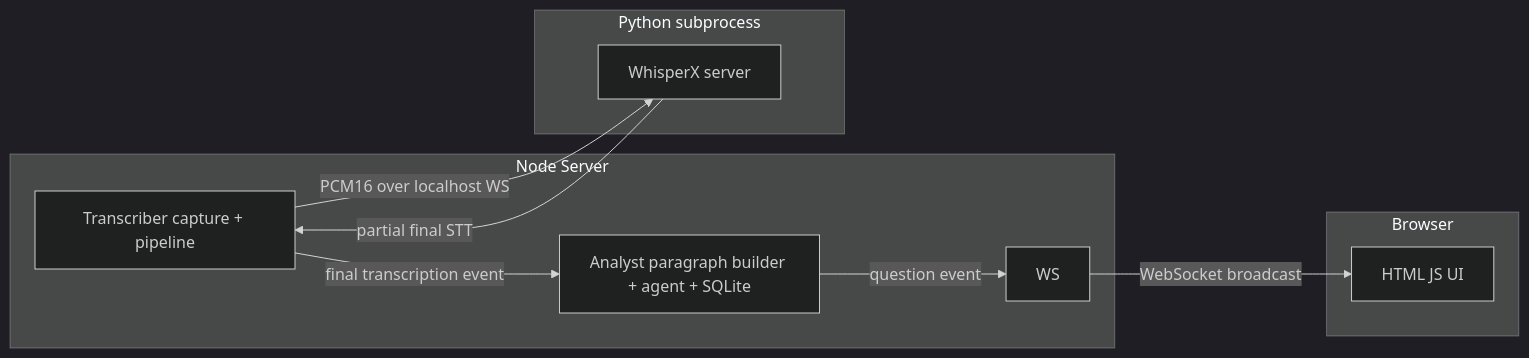
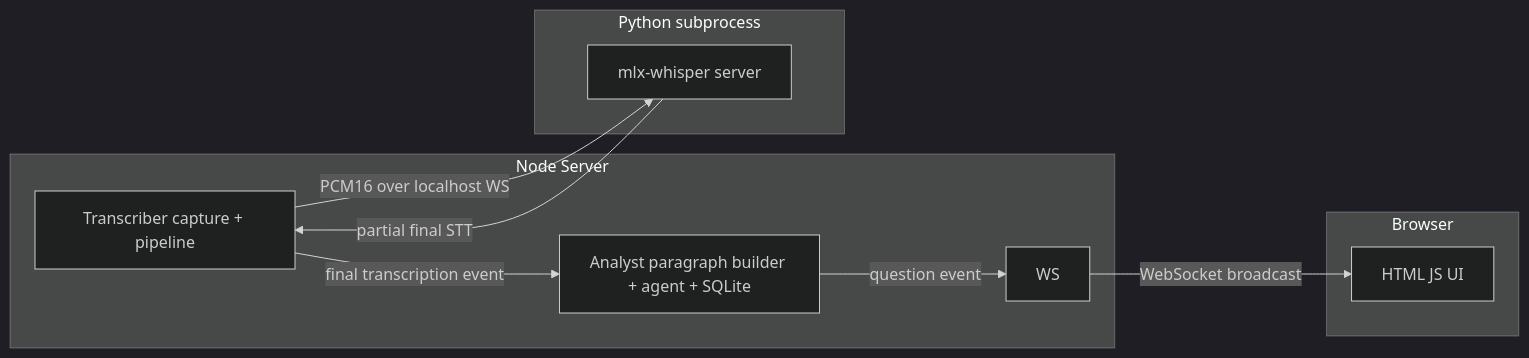
The diagram in README.md (priyanshus/roofle), drawn with Mermaid (dark theme) before and after one commit. The commit also changed other lines of this file and 10 other files, not shown here.

````diff
--- a/README.md
+++ b/README.md
@@ -55,18 +55,18 @@
 ```mermaid
 flowchart LR
     subgraph Node Server
         TC[Transcriber capture + pipeline]
         AN[Analyst paragraph builder + agent + SQLite]
         TC -- final transcription event --> AN
         AN -- question event --> WS
     end
     subgraph Python subprocess
-        WSX[WhisperX server]
+        WSX[mlx-whisper server]
     end
     subgraph Browser
         UI[HTML JS UI]
     end
     TC -- PCM16 over localhost WS --> WSX
     WSX -- partial final STT --> TC
     WS -- WebSocket broadcast --> UI
 ```
````
